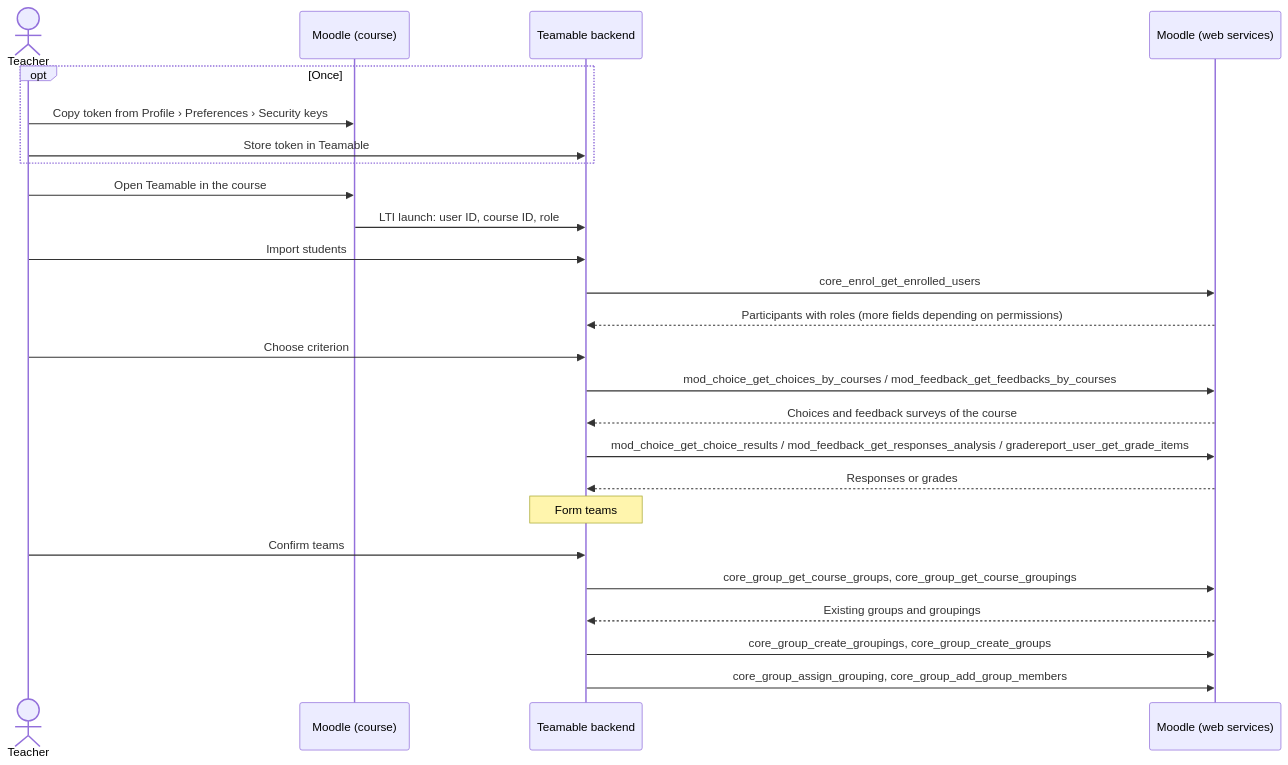
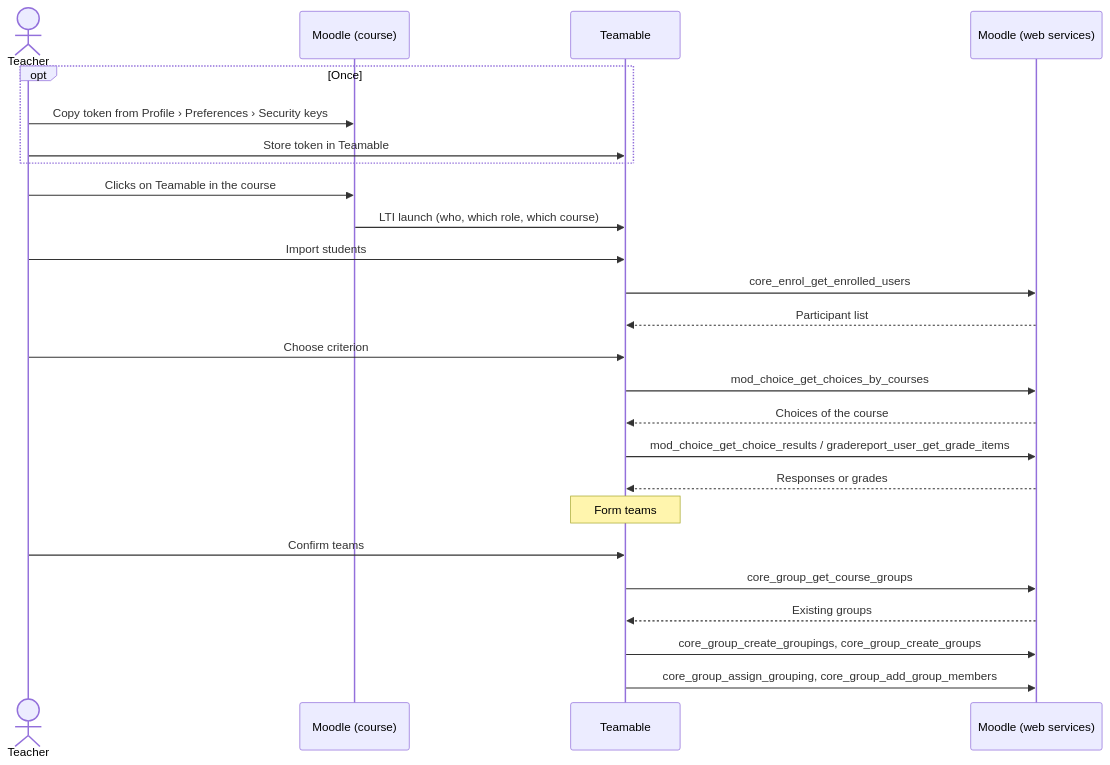
One commit to Teamprojekt-MSI-BIT-SS26/documentation changed the diagram in docs/recherche/LMS-Anbindung/moodle-api.md. Above: the diagram before and after it, drawn with Mermaid. The commit also changed other lines of this file and 1 other file, not shown here.

````diff
--- a/docs/recherche/LMS-Anbindung/moodle-api.md
+++ b/docs/recherche/LMS-Anbindung/moodle-api.md
@@ -72,28 +121,28 @@
 ```mermaid
 sequenceDiagram
     actor L as Teacher
     participant ML as Moodle (course)
-    participant T as Teamable backend
+    participant T as Teamable
     participant M as Moodle (web services)
 
     opt Once
         L->>ML: Copy token from Profile › Preferences › Security keys
         L->>T: Store token in Teamable
     end
-    L->>ML: Open Teamable in the course
-    ML->>T: LTI launch: user ID, course ID, role
+    L->>ML: Clicks on Teamable in the course
+    ML->>T: LTI launch (who, which role, which course)
     L->>T: Import students
     T->>M: core_enrol_get_enrolled_users
-    M-->>T: Participants with roles (more fields depending on permissions)
+    M-->>T: Participant list
     L->>T: Choose criterion
-    T->>M: mod_choice_get_choices_by_courses / mod_feedback_get_feedbacks_by_courses
-    M-->>T: Choices and feedback surveys of the course
-    T->>M: mod_choice_get_choice_results / mod_feedback_get_responses_analysis / gradereport_user_get_grade_items
+    T->>M: mod_choice_get_choices_by_courses
+    M-->>T: Choices of the course
+    T->>M: mod_choice_get_choice_results / gradereport_user_get_grade_items
     M-->>T: Responses or grades
     Note over T: Form teams
     L->>T: Confirm teams
-    T->>M: core_group_get_course_groups, core_group_get_course_groupings
-    M-->>T: Existing groups and groupings
+    T->>M: core_group_get_course_groups
+    M-->>T: Existing groups
     T->>M: core_group_create_groupings, core_group_create_groups
     T->>M: core_group_assign_grouping, core_group_add_group_members
 ```
````
